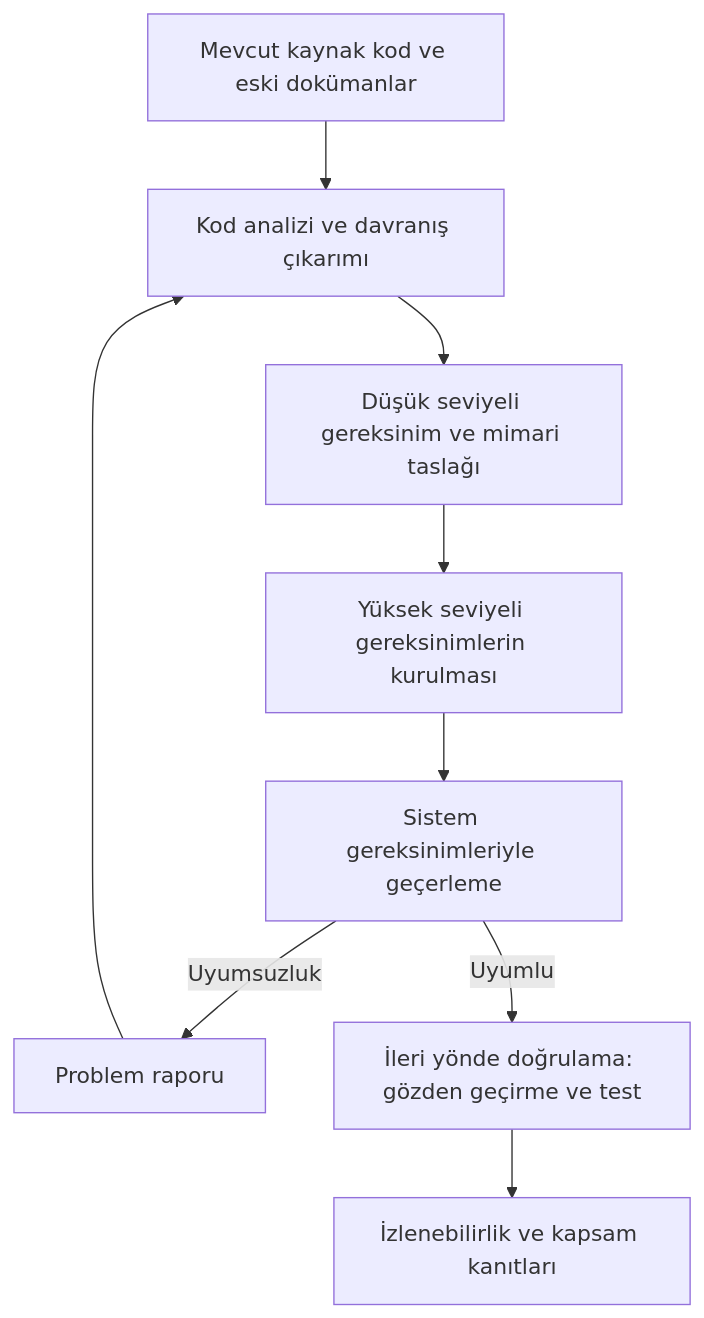
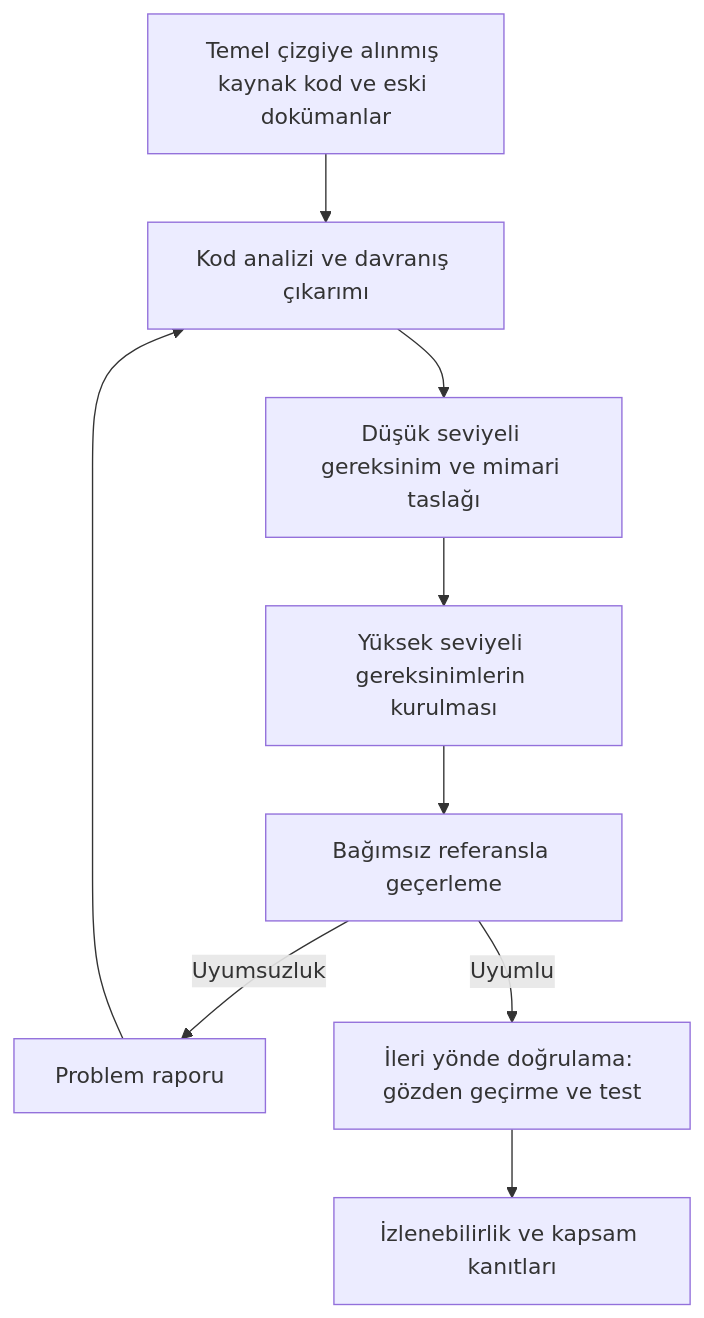
One commit to Mavrikant/aviyonikyazilim changed the diagram in kitap/05-ozel-konular/25-tersine-muhendislik.md. Above: the diagram before and after it, drawn with Mermaid. The commit also changed other lines of this file and 35 other files, not shown here.

````diff
--- a/kitap/05-ozel-konular/25-tersine-muhendislik.md
+++ b/kitap/05-ozel-konular/25-tersine-muhendislik.md
@@ -80,11 +91,11 @@
 ```mermaid
 flowchart TD
-    A["Mevcut kaynak kod ve eski dokümanlar"] --> B["Kod analizi ve davranış çıkarımı"]
+    A["Temel çizgiye alınmış kaynak kod ve eski dokümanlar"] --> B["Kod analizi ve davranış çıkarımı"]
     B --> C["Düşük seviyeli gereksinim ve mimari taslağı"]
     C --> D["Yüksek seviyeli gereksinimlerin kurulması"]
-    D --> E["Sistem gereksinimleriyle geçerleme"]
-    E -->|Uyumsuzluk| F["Problem raporu"]
+    D --> E["Bağımsız referansla geçerleme"]
+    E -- "Uyumsuzluk" --> F["Problem raporu"]
     F --> B
-    E -->|Uyumlu| G["İleri yönde doğrulama: gözden geçirme ve test"]
+    E -- "Uyumlu" --> G["İleri yönde doğrulama: gözden geçirme ve test"]
     G --> H["İzlenebilirlik ve kapsam kanıtları"]
 ```
````
